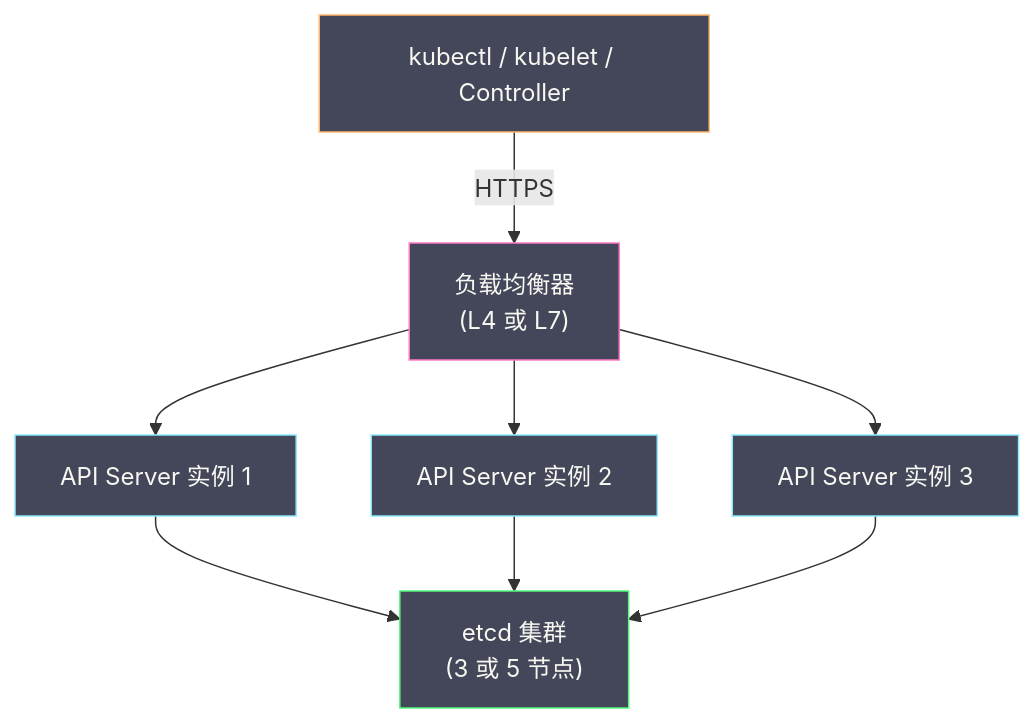
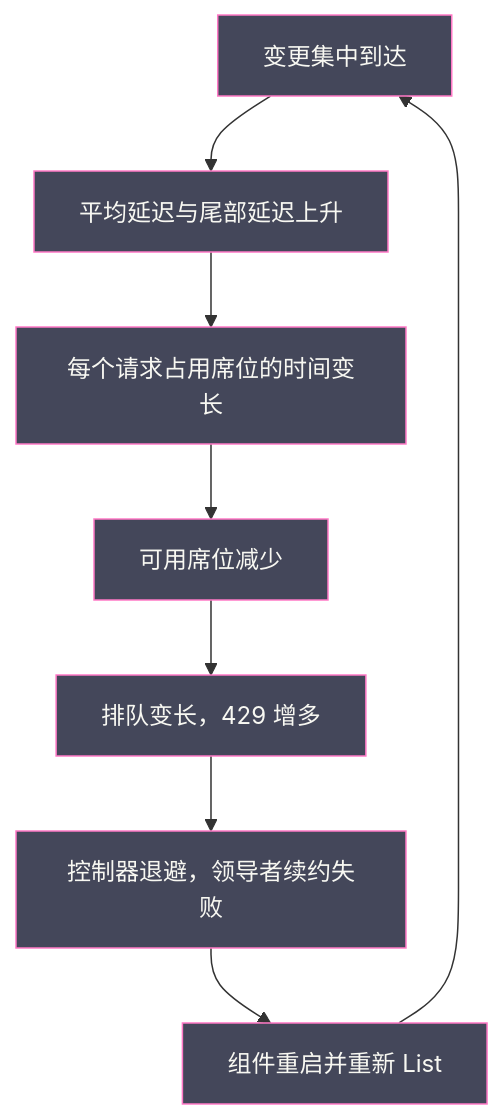
Before and after one commit to hpliStartAgain/my-brain: the first of 4 diagrams in content/云原生/Kubernetes/kubernetes之API Server/06 API Server 性能调优与高可用.md, drawn with Mermaid. The commit also changed other lines of this file and 455 other files, not shown here.

````diff
--- a/content/云原生/Kubernetes/kubernetes之API Server/06 API Server 性能调优与高可用.md
+++ b/content/云原生/Kubernetes/kubernetes之API Server/06 API Server 性能调优与高可用.md
@@ -204,21 +41,14 @@
 ```mermaid
 %%{init: {'theme': 'dracula'}}%%
 graph TD
-    CLIENT["kubectl / kubelet / Controller"] -->|"HTTPS"| LB["负载均衡器</br>(L4 或 L7)"]
-    LB --> API1["API Server 实例 1"]
-    LB --> API2["API Server 实例 2"]
-    LB --> API3["API Server 实例 3"]
-    API1 --> ETCD["etcd 集群</br>(3 或 5 节点)"]
-    API2 --> ETCD
-    API3 --> ETCD
+    A["变更集中到达"] --> B["平均延迟与尾部延迟上升"]
+    B --> C["每个请求占用席位的时间变长"]
+    C --> D["可用席位减少"]
+    D --> E["排队变长，429 增多"]
+    E --> F["控制器退避，领导者续约失败"]
+    F --> G["组件重启并重新 List"]
+    G --> A
 
-    classDef client fill:#44475a,stroke:#ffb86c,color:#f8f8f2
-    classDef lb fill:#44475a,stroke:#ff79c6,color:#f8f8f2
-    classDef api fill:#44475a,stroke:#8be9fd,color:#f8f8f2
-    classDef etcd fill:#44475a,stroke:#50fa7b,color:#f8f8f2
-
-    class CLIENT client
-    class LB lb
-    class API1,API2,API3 api
-    class ETCD etcd
+    classDef loop fill:#44475a,stroke:#ff79c6,color:#f8f8f2
+    class A,B,C,D,E,F,G loop
 ```
````
